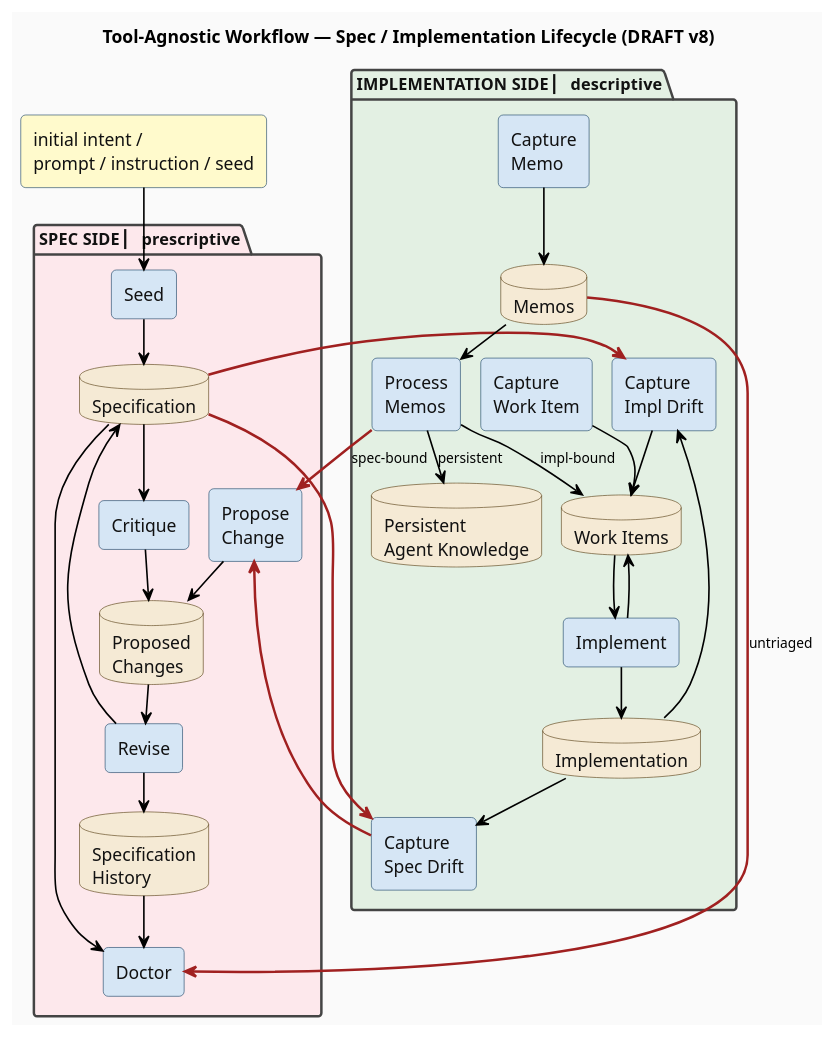
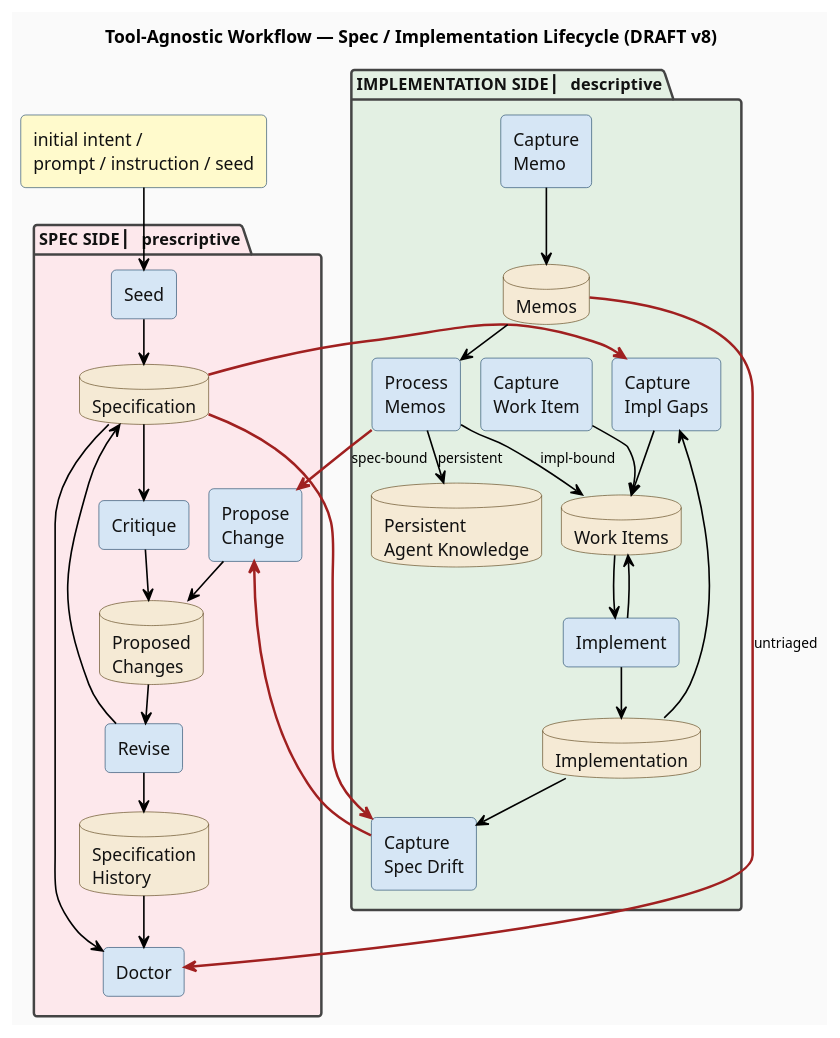
The diagram in research/workflow-processes/diagrams/draft-tool-agnostic-workflow.plantuml (thewoolleyman/livespec), drawn with PlantUML before and after one commit. The commit also changed 2 other files, not shown here.

First paragraph of the commit message:
docs(research): rename Capture Impl Drift → Capture Impl Gaps; drop imperative window; compress layout history
Three coordinated edits to the draft tool-agnostic workflow:

```diff
--- a/research/workflow-processes/diagrams/draft-tool-agnostic-workflow.plantuml
+++ b/research/workflow-processes/diagrams/draft-tool-agnostic-workflow.plantuml
@@ -1,140 +1,140 @@
 @startuml draft-tool-agnostic-workflow
 title Tool-Agnostic Workflow — Spec / Implementation Lifecycle (DRAFT v8)
 
 ' Container approach: package shapes for SPEC SIDE and
 ' IMPLEMENTATION SIDE. Accepts PlantUML's default side-by-side
 ' container layout in exchange for clean visual grouping that
 ' the v4-v7 flat-layout approach couldn't provide.
 '
 ' v8 = v7 content + package containers:
 ' - Single input box (no actor figures)
 ' - Spec → Capture Spec Drift edge included
 ' - Pure black arrows, dark fonts everywhere
 ' - Container packages do the spec/impl grouping (no separate
 '   SPEC SIDE / IMPLEMENTATION SIDE label boxes; no WALL element)
 
 skinparam defaultFontName Helvetica
 skinparam shadowing false
 skinparam BackgroundColor #fafafa
 skinparam ArrowColor #000000
 skinparam ArrowFontColor #000000
 skinparam ArrowFontSize 11
 skinparam ArrowThickness 1.3
 skinparam nodesep 16
 skinparam ranksep 26
 hide stereotype
 
 skinparam package {
   FontColor #111
   FontSize 13
   FontStyle bold
   BorderColor #444
   BorderThickness 2
 }
 
 skinparam rectangle {
   BackgroundColor #d6e6f5
   BorderColor #1f4768
   FontColor #111
   RoundCorner 8
 }
 
 skinparam database {
   BackgroundColor #f5ead5
   BorderColor #5a4319
   FontColor #111
 }
 
 ' ============================================================
 ' EXTERNAL INPUT (replaces actors)
 ' ============================================================
 
 rectangle "initial intent /\nprompt / instruction / seed" as Input #fffacc
 
 ' ============================================================
 ' SPEC SIDE
 ' ============================================================
 
 package "SPEC SIDE  ▏ prescriptive" as SpecPkg #fde8ec {
   rectangle "Seed" as Seed
   rectangle "Propose\nChange" as Propose
   rectangle "Critique" as Critique
   rectangle "Revise" as Revise
   rectangle "Doctor" as Doctor
 
   database "Specification" as Spec
   database "Proposed\nChanges" as PCQueue
   database "Specification\nHistory" as History
 }
 
 ' ============================================================
 ' IMPLEMENTATION SIDE
 ' ============================================================
 
 package "IMPLEMENTATION SIDE  ▏ descriptive" as ImplPkg #e3f0e3 {
-  rectangle "Capture\nImpl Drift" as CaptureImplDrift
+  rectangle "Capture\nImpl Gaps" as CaptureImplGaps
   rectangle "Capture\nWork Item" as CaptureWorkItem
   rectangle "Implement" as Implement
   rectangle "Capture\nSpec Drift" as CaptureSpecDrift
   rectangle "Capture\nMemo" as CaptureMemo
   rectangle "Process\nMemos" as ProcessMemos
 
   database "Implementation" as Impl
   database "Work Items" as WorkItems
   database "Memos" as Memos
   database "Persistent\nAgent Knowledge" as AgentKnowledge
 }
 
 ' ============================================================
 ' VISIBLE EDGES (data flow)
 ' ============================================================
 
 ' External input → Seed
 Input --> Seed
 
 ' Spec lifecycle
 Seed --> Spec
 Propose --> PCQueue
 PCQueue --> Revise
 Revise --> Spec
 Revise --> History
 Spec --> Critique
 Critique --> PCQueue
 Spec --> Doctor
 History --> Doctor
 
 ' Cross-boundary: SPEC → IMPL (prescription)
-Spec -[#a02020,thickness=2]-> CaptureImplDrift
+Spec -[#a02020,thickness=2]-> CaptureImplGaps
 
 ' Cross-boundary: SPEC → IMPL (spec input to drift detection)
 Spec -[#a02020,thickness=2]-> CaptureSpecDrift
 
 ' Impl gap lifecycle
-Impl --> CaptureImplDrift
-CaptureImplDrift --> WorkItems
+Impl --> CaptureImplGaps
+CaptureImplGaps --> WorkItems
 WorkItems --> Implement
 Implement --> Impl
 Implement --> WorkItems
 
 ' Direct work item filing (freeform, no gap-id)
 CaptureWorkItem --> WorkItems
 
 ' Spec-drift detection
 Impl --> CaptureSpecDrift
 
 ' Cross-boundary: IMPL → SPEC (drift findings)
 CaptureSpecDrift -[#a02020,thickness=2]-> Propose
 
 ' Memo lifecycle
 CaptureMemo --> Memos
 Memos --> ProcessMemos
 ProcessMemos --> WorkItems : impl-bound
 ProcessMemos --> AgentKnowledge : persistent
 
 ' Cross-boundary: IMPL → SPEC (spec-bound memo)
 ProcessMemos -[#a02020,thickness=2]-> Propose : spec-bound
 
 ' Cross-boundary: IMPL → SPEC (doctor hygiene query)
 Memos -[#a02020,thickness=2]-> Doctor : untriaged
 
 @enduml
```
